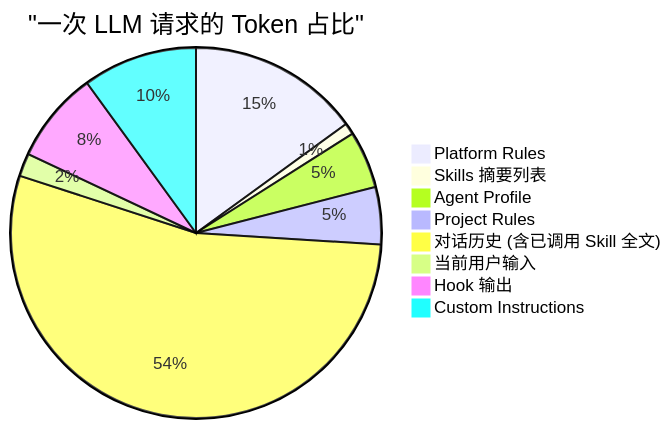
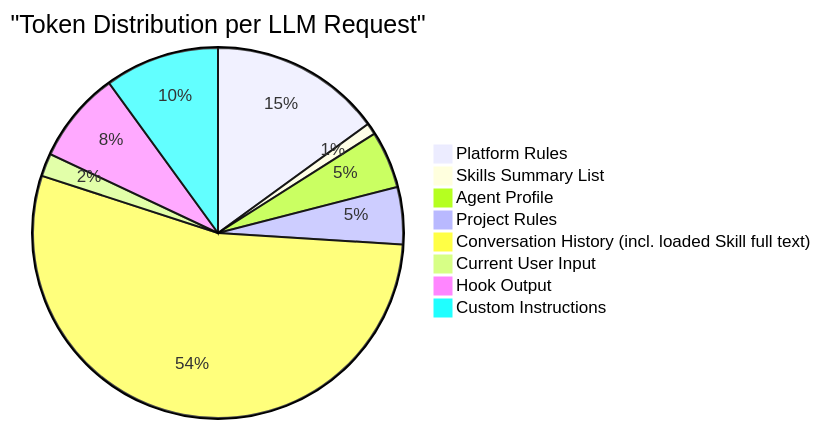
Before and after one commit to cintia09/CodeNook: the second of 3 diagrams in docs/llm-message-structure.md, drawn with Mermaid. The commit also changed other lines of this file and 12 other files, not shown here.

````diff
--- a/docs/llm-message-structure.md
+++ b/docs/llm-message-structure.md
@@ -151,11 +151,11 @@
 ```mermaid
-pie title "一次 LLM 请求的 Token 占比"
+pie title "Token Distribution per LLM Request"
     "Platform Rules" : 15
-    "Skills 摘要列表" : 1
+    "Skills Summary List" : 1
     "Agent Profile" : 5
     "Project Rules" : 5
-    "对话历史 (含已调用 Skill 全文)" : 54
-    "当前用户输入" : 2
-    "Hook 输出" : 8
+    "Conversation History (incl. loaded Skill full text)" : 54
+    "Current User Input" : 2
+    "Hook Output" : 8
     "Custom Instructions" : 10
 ```
````
